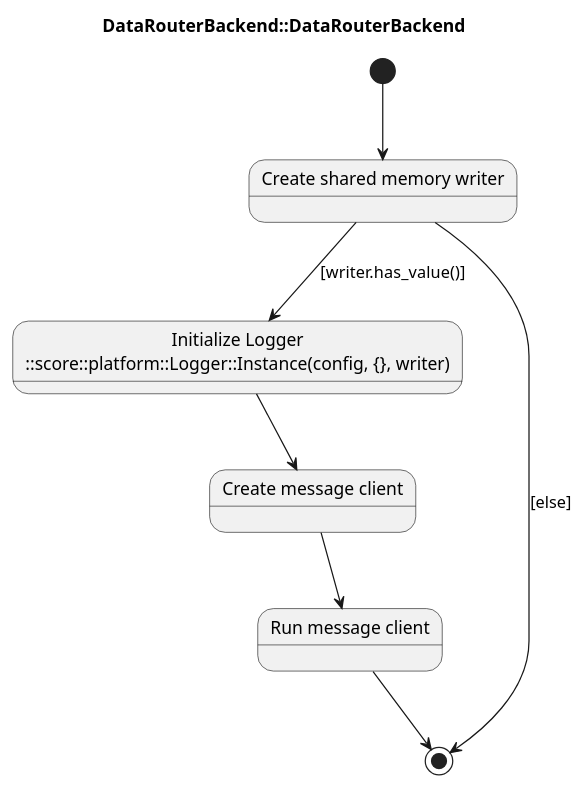
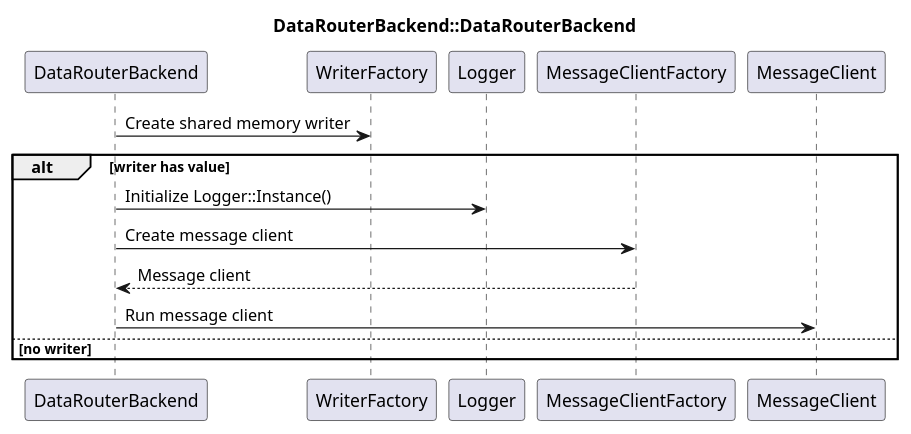
The diagram in score/mw/log/design/backend/datarouter_backend/datarouter_backend_datarouterbackend.puml (eclipse-score/logging), drawn with PlantUML before and after one commit. The commit also changed 12 other files, not shown here.

First line of the commit message:
Fix puml diagrams to comply with score_tooling 2.x parser

```diff
--- a/score/mw/log/design/backend/datarouter_backend/datarouter_backend_datarouterbackend.puml
+++ b/score/mw/log/design/backend/datarouter_backend/datarouter_backend_datarouterbackend.puml
@@ -14,18 +14,21 @@
 @startuml datarouter_backend_datarouterbackend
 
 title DataRouterBackend::DataRouterBackend
 
-[*] --> CreateSharedMemoryWriter
+participant "DataRouterBackend" as DataRouterBackend
+participant "WriterFactory" as WriterFactory
+participant "Logger" as Logger
+participant "MessageClientFactory" as MessageClientFactory
+participant "MessageClient" as MessageClient
 
-state "Create shared memory writer" as CreateSharedMemoryWriter
-state "Initialize Logger\n::score::platform::Logger::Instance(config, {}, writer)" as InitLogger
-state "Create message client" as CreateMessageClient
-state "Run message client" as RunMessageClient
+DataRouterBackend -> WriterFactory : Create shared memory writer
 
-CreateSharedMemoryWriter --> InitLogger : [writer.has_value()]
-CreateSharedMemoryWriter --> [*] : [else]
-InitLogger --> CreateMessageClient
-CreateMessageClient --> RunMessageClient
-RunMessageClient --> [*]
+alt writer has value
+  DataRouterBackend -> Logger : Initialize Logger::Instance()
+  DataRouterBackend -> MessageClientFactory : Create message client
+  MessageClientFactory --> DataRouterBackend : Message client
+  DataRouterBackend -> MessageClient : Run message client
+else no writer
+end
 
 @enduml
```
